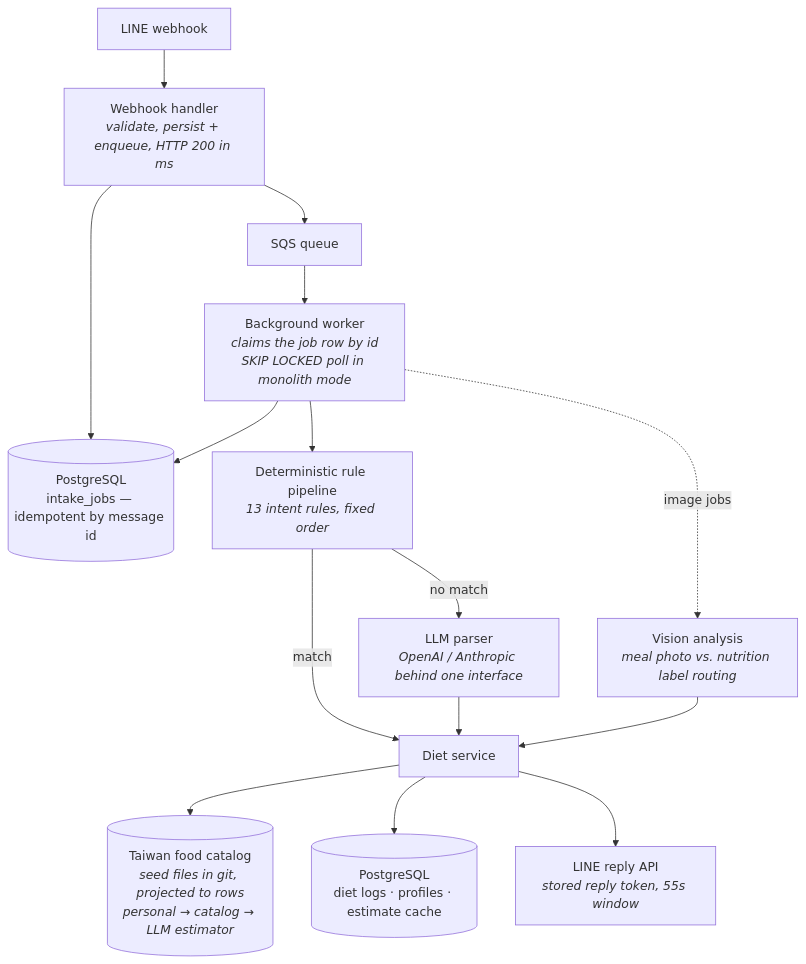
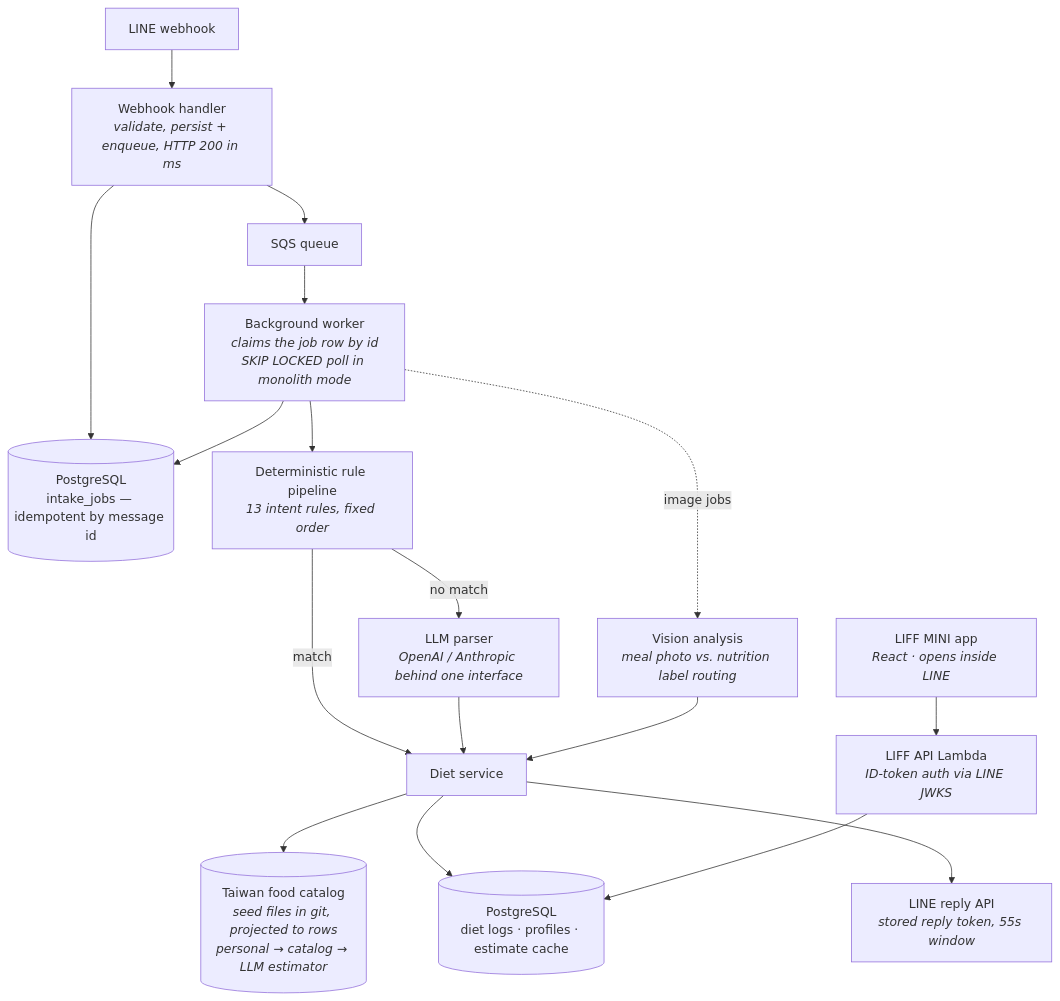
The diagram in README.md (jeffery12697/fitneko-case-study), drawn with Mermaid before and after one commit. The commit also changed other lines of this file and 4 other files, not shown here.

Commit message:
Devlog: phase 22 LIFF MINI app, phase 20b food catalog, CD stage 2; deep dive 6 (history vs template)

````diff
--- a/README.md
+++ b/README.md
@@ -26,17 +27,19 @@
 ```mermaid
 flowchart TD
     LINE[LINE webhook] --> WH[Webhook handler<br/><i>validate, persist + enqueue, HTTP 200 in ms</i>]
     WH --> DB[(PostgreSQL<br/>intake_jobs — idempotent by message id)]
     WH --> Q[SQS queue]
     Q --> W[Background worker<br/><i>claims the job row by id<br/>SKIP LOCKED poll in monolith mode</i>]
     W --> DB
     W --> RP[Deterministic rule pipeline<br/><i>13 intent rules, fixed order</i>]
     RP -->|no match| LLM[LLM parser<br/><i>OpenAI / Anthropic behind one interface</i>]
     RP -->|match| SVC[Diet service]
     LLM --> SVC
     SVC --> CAT[(Taiwan food catalog<br/><i>seed files in git, projected to rows<br/>personal → catalog → LLM estimator</i>)]
     SVC --> PG[(PostgreSQL<br/>diet logs · profiles · estimate cache)]
     SVC --> REPLY[LINE reply API<br/><i>stored reply token, 55s window</i>]
     W -.->|image jobs| VIS[Vision analysis<br/><i>meal photo vs. nutrition label routing</i>]
     VIS --> SVC
+    LIFF[LIFF MINI app<br/><i>React · opens inside LINE</i>] --> API[LIFF API Lambda<br/><i>ID-token auth via LINE JWKS</i>]
+    API --> PG
 ```
````
